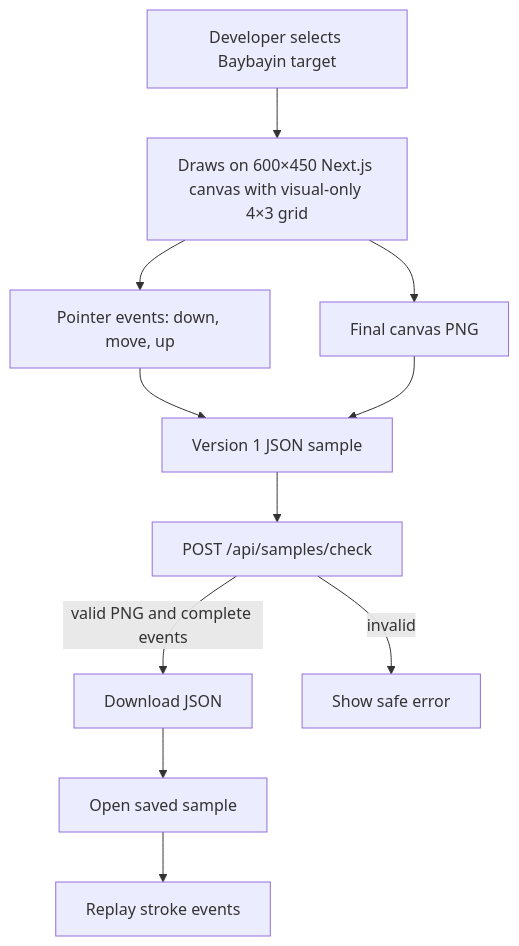
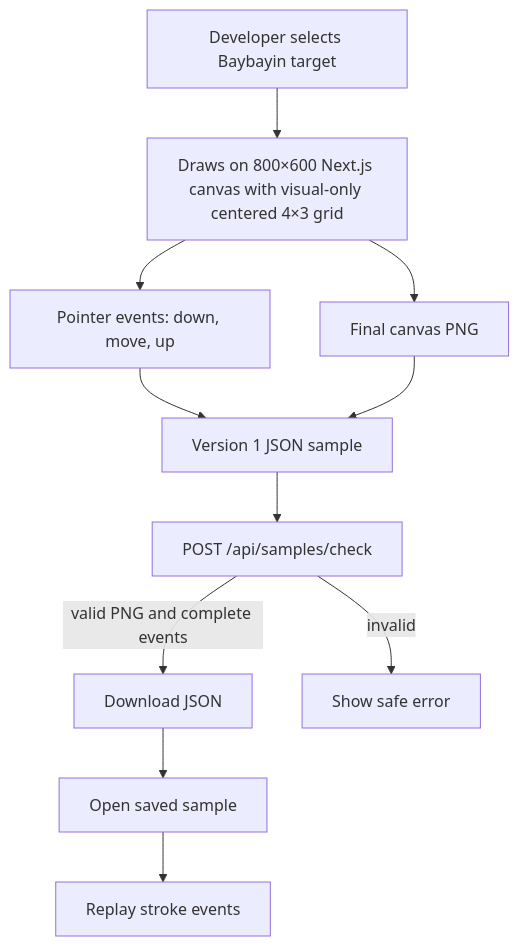
The first of 6 diagrams in app/docs/flow.md (KennethCodepuz/baybayin), drawn with Mermaid before and after one commit. The commit also changed other lines of this file and 24 other files, not shown here.

````diff
--- a/app/docs/flow.md
+++ b/app/docs/flow.md
@@ -7,13 +7,13 @@
 ```mermaid
 flowchart TD
-    A[Developer selects Baybayin target] --> B[Draws on 600×450 Next.js canvas with visual-only 4×3 grid]
+    A[Developer selects Baybayin target] --> B[Draws on 800×600 Next.js canvas with visual-only centered 4×3 grid]
     B --> C[Pointer events: down, move, up]
     B --> D[Final canvas PNG]
     C --> E[Version 1 JSON sample]
     D --> E
     E --> F[POST /api/samples/check]
     F -->|valid PNG and complete events| G[Download JSON]
     F -->|invalid| H[Show safe error]
     G --> I[Open saved sample]
     I --> J[Replay stroke events]
 ```
````
